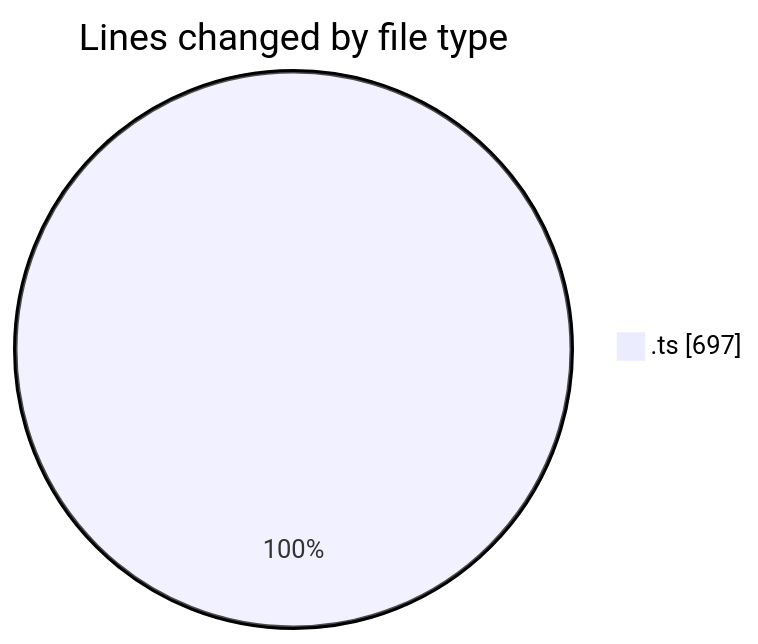
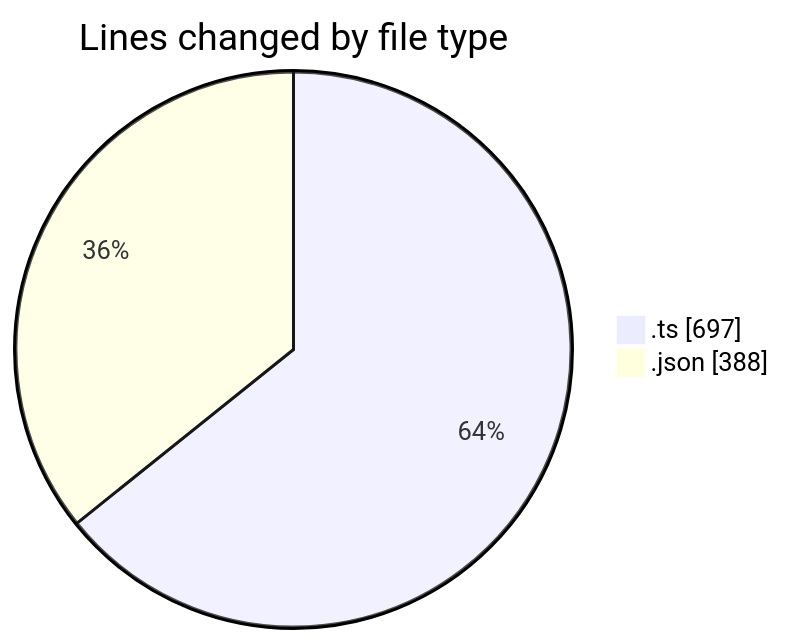
The first of 2 diagrams in 2025-04-30/masm-lsp/README.md (charlie-sans/code-tracking), drawn with Mermaid before and after one commit. The commit also changed other lines of this file and 1 other file, not shown here.

````diff
--- a/2025-04-30/masm-lsp/README.md
+++ b/2025-04-30/masm-lsp/README.md
@@ -20,5 +21,6 @@
 ```mermaid
 pie showData
 title Lines changed by file type
 ".ts" : 697
+".json" : 388
 ```
````
